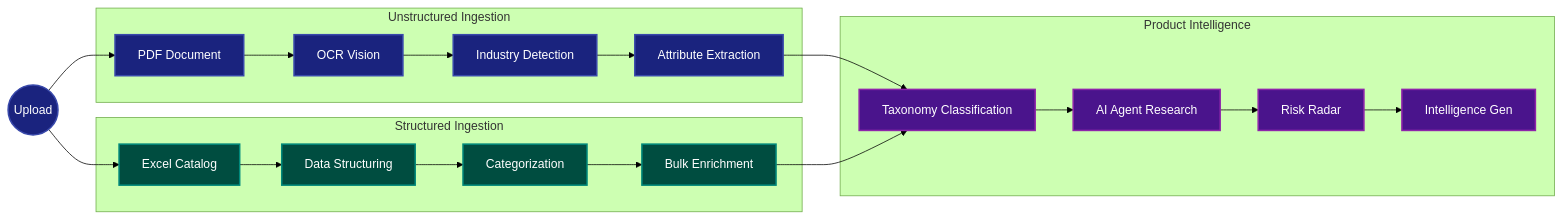
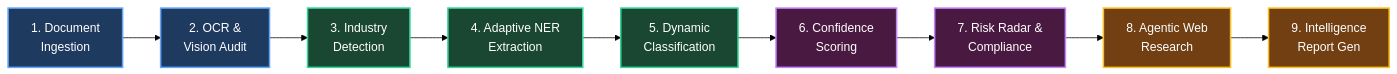
Before and after one commit to Vk2245/AlchemyAI: the second of 7 diagrams in README.md, drawn with Mermaid (forest theme). The commit also changed other lines of this file and 2 other files, not shown here.

````diff
--- a/README.md
+++ b/README.md
@@ -11,40 +127,19 @@
 ```mermaid
 graph LR
-    classDef ingest fill:#1a237e,stroke:#3949ab,stroke-width:2px,color:#fff
-    classDef extract fill:#004d40,stroke:#00897b,stroke-width:2px,color:#fff
-    classDef intelligence fill:#4a148c,stroke:#8e24aa,stroke-width:2px,color:#fff
+    classDef stage1 fill:#1e3a5f,stroke:#60a5fa,stroke-width:2px,color:#fff
+    classDef stage2 fill:#1a4731,stroke:#34d399,stroke-width:2px,color:#fff
+    classDef stage3 fill:#4a1942,stroke:#c084fc,stroke-width:2px,color:#fff
+    classDef stage4 fill:#713f12,stroke:#fbbf24,stroke-width:2px,color:#fff
 
-    Upload((Upload)):::ingest
+    S1["1. Document<br/>Ingestion"]:::stage1
+    S2["2. OCR &<br/>Vision Audit"]:::stage1
+    S3["3. Industry<br/>Detection"]:::stage2
+    S4["4. Adaptive NER<br/>Extraction"]:::stage2
+    S5["5. Dynamic<br/>Classification"]:::stage2
+    S6["6. Confidence<br/>Scoring"]:::stage3
+    S7["7. Risk Radar &<br/>Compliance"]:::stage3
+    S8["8. Agentic Web<br/>Research"]:::stage4
+    S9["9. Intelligence<br/>Report Gen"]:::stage4
 
-    subgraph Unstructured Ingestion
-        PDF[PDF Document]:::ingest
-        OCR[OCR Vision]:::ingest
-        IND[Industry Detection]:::ingest
-        ATTR[Attribute Extraction]:::ingest
-    end
-
-    subgraph Structured Ingestion
-        XLS[Excel Catalog]:::extract
-        STR[Data Structuring]:::extract
-        CAT[Categorization]:::extract
-        BULK[Bulk Enrichment]:::extract
-    end
-
-    subgraph Product Intelligence
-        TAX[Taxonomy Classification]:::intelligence
-        RES[AI Agent Research]:::intelligence
-        RISK[Risk Radar]:::intelligence
-        GEN[Intelligence Gen]:::intelligence
-    end
-
-    Upload --> PDF
-    PDF --> OCR --> IND --> ATTR
-    
-    Upload --> XLS
-    XLS --> STR --> CAT --> BULK
-
-    ATTR --> TAX
-    BULK --> TAX
-
-    TAX --> RES --> RISK --> GEN
+    S1 --> S2 --> S3 --> S4 --> S5 --> S6 --> S7 --> S8 --> S9
 ```
````
